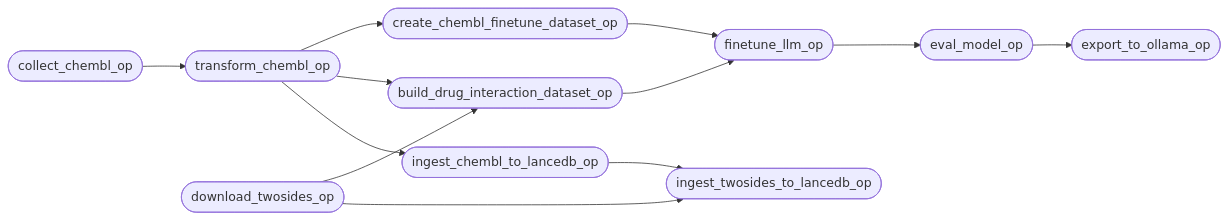
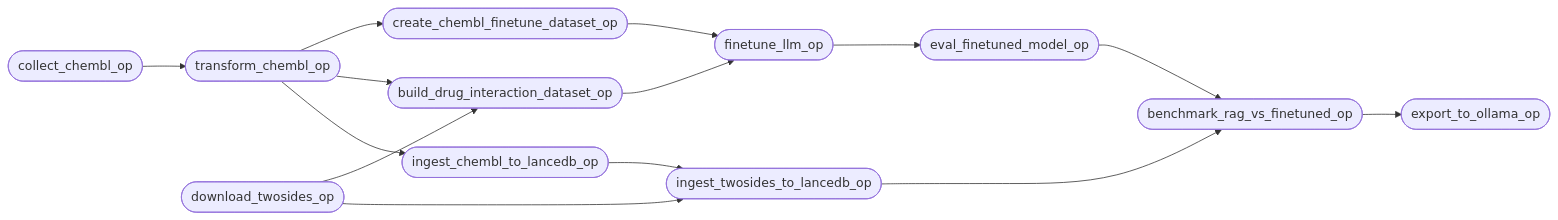
The first of 5 diagrams in app/orchestration/README.md (AymanSulaiman/chem_mlops), drawn with Mermaid before and after one commit. The commit also changed other lines of this file and 30 other files, not shown here.

````diff
--- a/app/orchestration/README.md
+++ b/app/orchestration/README.md
@@ -21,18 +21,20 @@
 ```mermaid
 flowchart LR
     A([collect_chembl_op]) --> B([transform_chembl_op])
     S3([download_twosides_op]) --> DDI
 
     B --> C([create_chembl_finetune_dataset_op])
     B --> DDI([build_drug_interaction_dataset_op])
     B --> E([ingest_chembl_to_lancedb_op])
 
     E --> TW([ingest_twosides_to_lancedb_op])
     S3 --> TW
 
     C --> F([finetune_llm_op])
     DDI --> F
 
-    F --> G([eval_model_op])
-    G --> H([export_to_ollama_op])
+    F --> G([eval_finetuned_model_op])
+    G --> BM([benchmark_rag_vs_finetuned_op])
+    TW --> BM
+    BM --> H([export_to_ollama_op])
 ```
````
